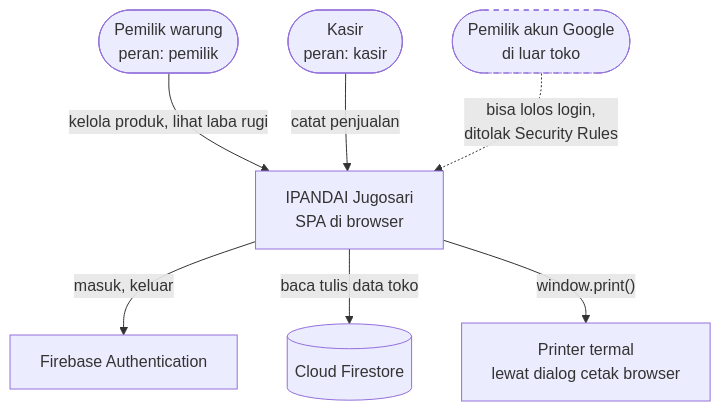
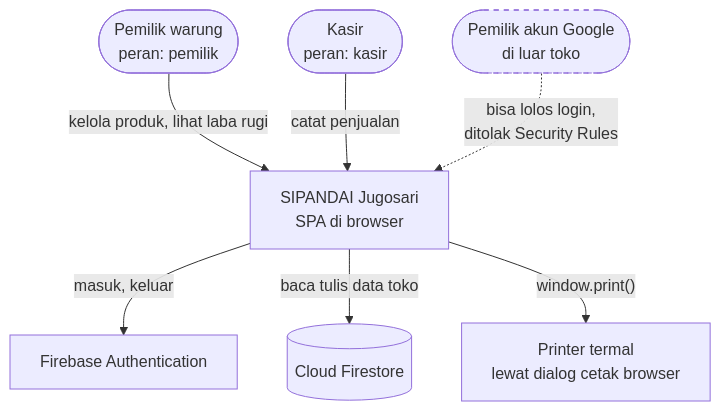
The first of 5 diagrams in docs/arsitektur.md (nadhimc/simple-pos-kkn-agung), drawn with Mermaid before and after one commit. The commit also changed 7 other files, not shown here.

First line of the commit message:
fix: correct the app name to SIPANDAI Jugosari

````diff
--- a/docs/arsitektur.md
+++ b/docs/arsitektur.md
@@ -9,23 +9,23 @@
 ```mermaid
 flowchart TB
   owner(["Pemilik warung<br/>peran: pemilik"])
   cashier(["Kasir<br/>peran: kasir"])
   stranger(["Pemilik akun Google<br/>di luar toko"])
 
-  app["IPANDAI Jugosari<br/>SPA di browser"]
+  app["SIPANDAI Jugosari<br/>SPA di browser"]
 
   auth["Firebase Authentication"]
   store[("Cloud Firestore")]
   printer["Printer termal<br/>lewat dialog cetak browser"]
 
   owner -->|"kelola produk, lihat laba rugi"| app
   cashier -->|"catat penjualan"| app
   stranger -.->|"bisa lolos login,<br/>ditolak Security Rules"| app
 
   app -->|"masuk, keluar"| auth
   app -->|"baca tulis data toko"| store
   app -->|"window.print()"| printer
 
   classDef denied stroke-dasharray: 5 5
   class stranger denied
 ```
````
